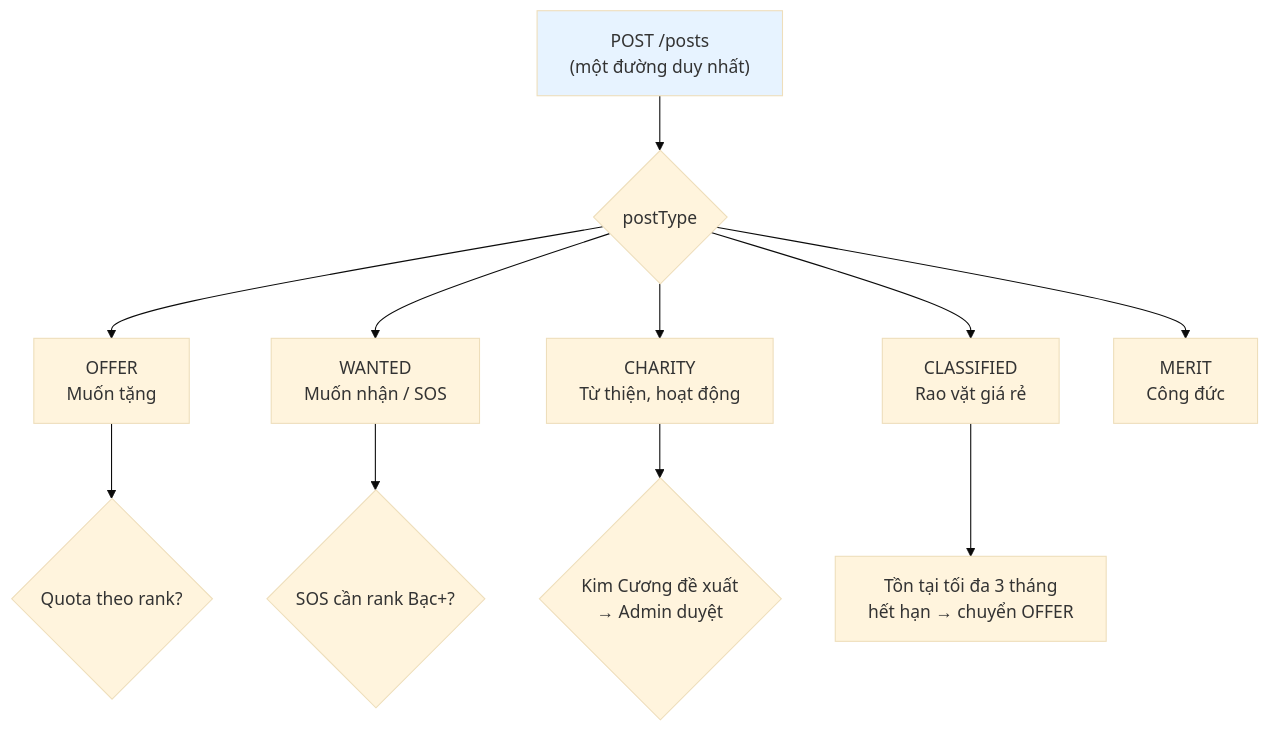
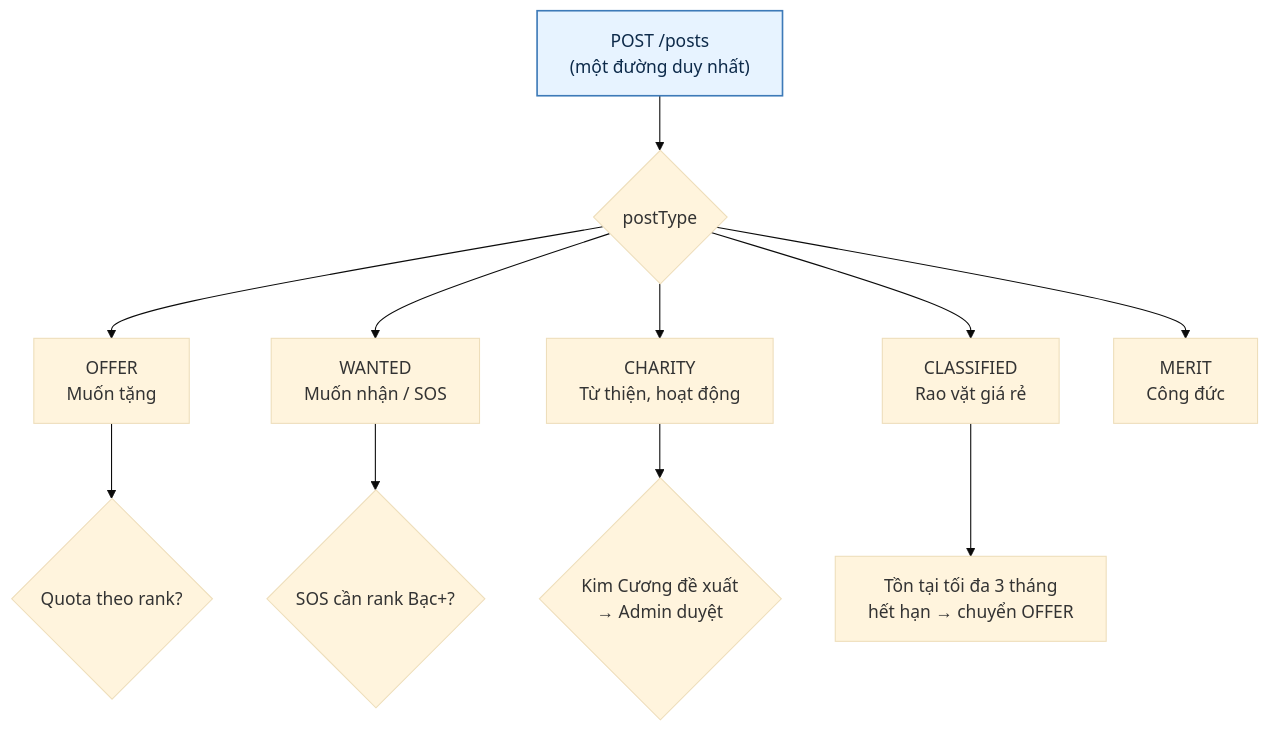
The first of 6 diagrams in docs/diagram/04-post.md (fdshn/trueheart), drawn with Mermaid (base theme) before and after one commit. The commit also changed other lines of this file and 30 other files, not shown here.

First line of the commit message:
docs(diagram): chữ trong khối tô màu đọc được ở cả giao diện sáng và tối

````diff
--- a/docs/diagram/04-post.md
+++ b/docs/diagram/04-post.md
@@ -7,16 +7,16 @@
 ```mermaid
 flowchart TD
     P["POST /posts<br/>(một đường duy nhất)"] --> T{postType}
     T --> O["OFFER<br/>Muốn tặng"]
     T --> W["WANTED<br/>Muốn nhận / SOS"]
     T --> C["CHARITY<br/>Từ thiện, hoạt động"]
     T --> L["CLASSIFIED<br/>Rao vặt giá rẻ"]
     T --> M["MERIT<br/>Công đức"]
 
     O --> Q{Quota theo rank?}
     W --> S{SOS cần rank Bạc+?}
     C --> A{Kim Cương đề xuất<br/>→ Admin duyệt}
     L --> E[Tồn tại tối đa 3 tháng<br/>hết hạn → chuyển OFFER]
 
-    style P fill:#e7f3ff
+    style P fill:#e7f3ff,stroke:#3d7ab8,stroke-width:1.5px,color:#0d2a4a
 ```
````
